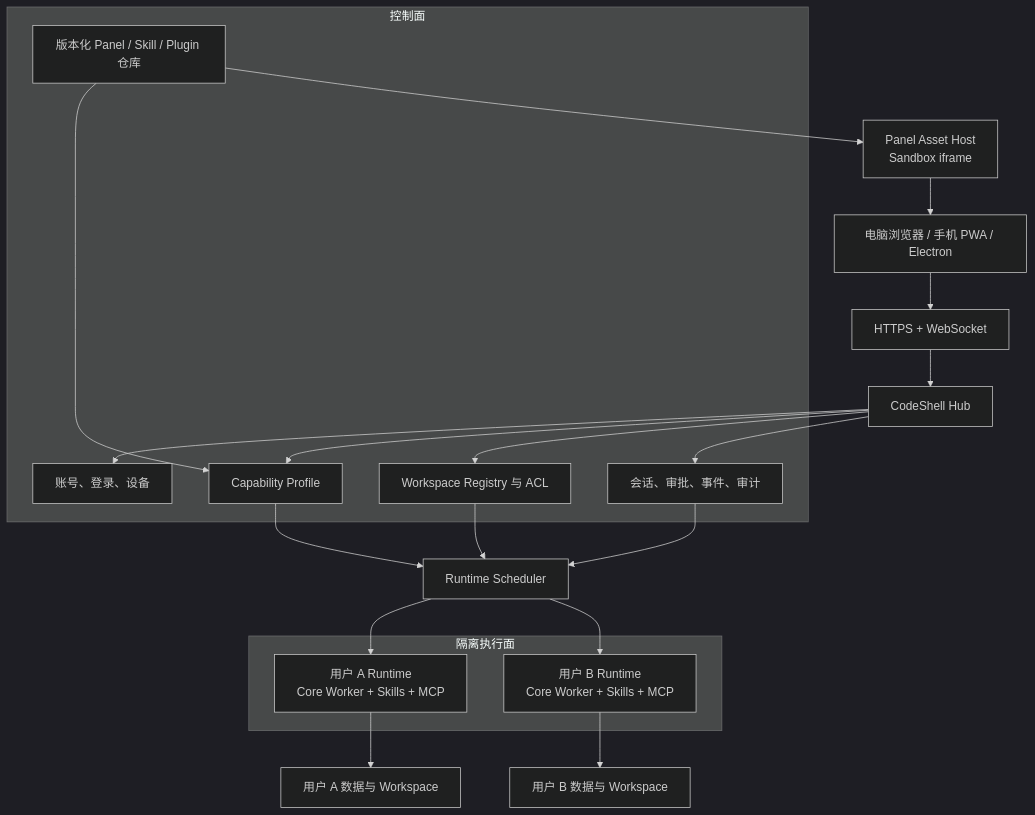
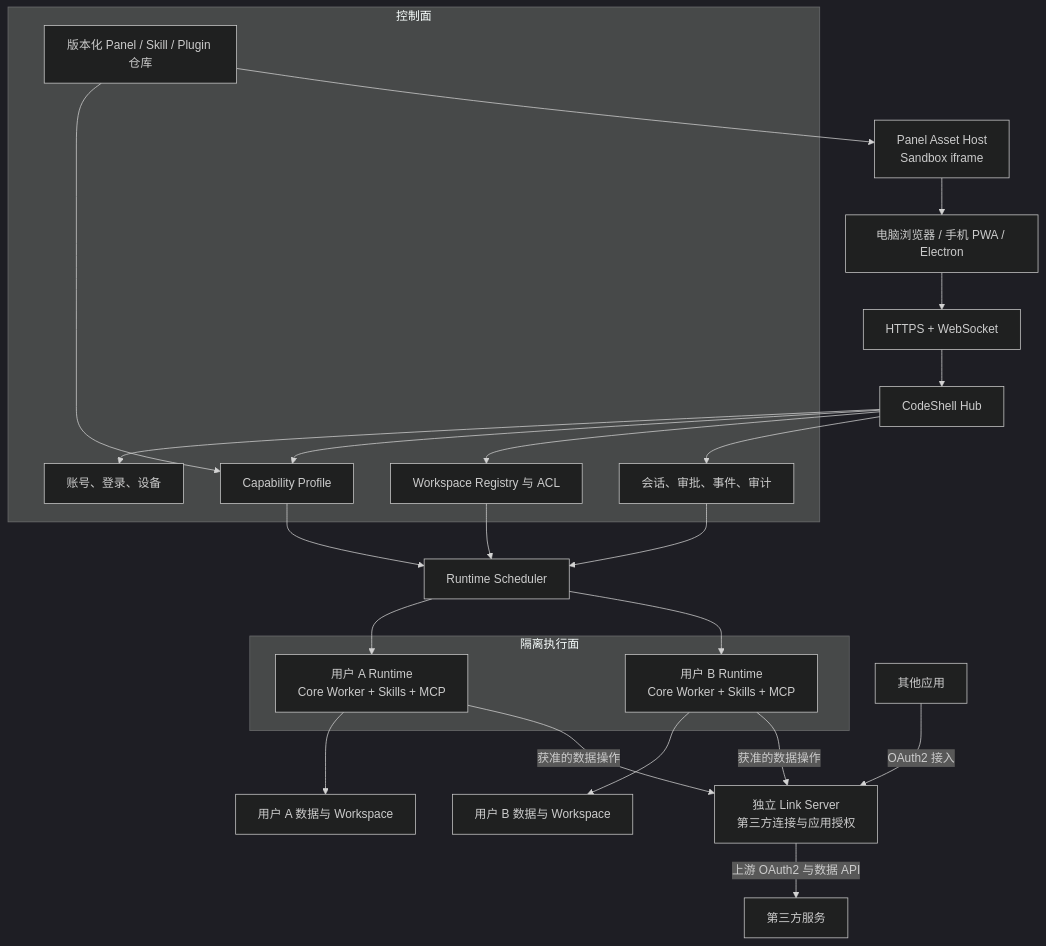
Before and after one commit to cjhyy/codeshell: the diagram in docs/todo/codeshell-hub-remote-service-architecture.md, drawn with Mermaid (dark theme). The commit also changed other lines of this file and 232 other files, not shown here.

Commit message:
feat(server): ship shared web workbench and panel runtime

````diff
--- a/docs/todo/codeshell-hub-remote-service-architecture.md
+++ b/docs/todo/codeshell-hub-remote-service-architecture.md
@@ -121,36 +135,40 @@
 ```mermaid
 flowchart TB
     Client["电脑浏览器 / 手机 PWA / Electron"] --> Edge["HTTPS + WebSocket"]
     Edge --> Hub["CodeShell Hub"]
 
     subgraph Control["控制面"]
         Auth["账号、登录、设备"]
         Profile["Capability Profile"]
         Workspace["Workspace Registry 与 ACL"]
         Session["会话、审批、事件、审计"]
         Catalog["版本化 Panel / Skill / Plugin 仓库"]
     end
 
     Hub --> Auth
     Hub --> Profile
     Hub --> Workspace
     Hub --> Session
     Catalog --> Profile
 
     Profile --> Scheduler["Runtime Scheduler"]
     Workspace --> Scheduler
     Session --> Scheduler
 
     subgraph Execution["隔离执行面"]
         RuntimeA["用户 A Runtime\nCore Worker + Skills + MCP"]
         RuntimeB["用户 B Runtime\nCore Worker + Skills + MCP"]
     end
 
     Scheduler --> RuntimeA
     Scheduler --> RuntimeB
     RuntimeA --> DataA["用户 A 数据与 Workspace"]
     RuntimeB --> DataB["用户 B 数据与 Workspace"]
 
     Catalog --> PanelHost["Panel Asset Host\nSandbox iframe"]
     PanelHost --> Client
+    RuntimeA -->|"获准的数据操作"| LinkServer["独立 Link Server\n第三方连接与应用授权"]
+    RuntimeB -->|"获准的数据操作"| LinkServer
+    OtherApps["其他应用"] -->|"OAuth2 接入"| LinkServer
+    LinkServer -->|"上游 OAuth2 与数据 API"| Providers["第三方服务"]
 ```
````
